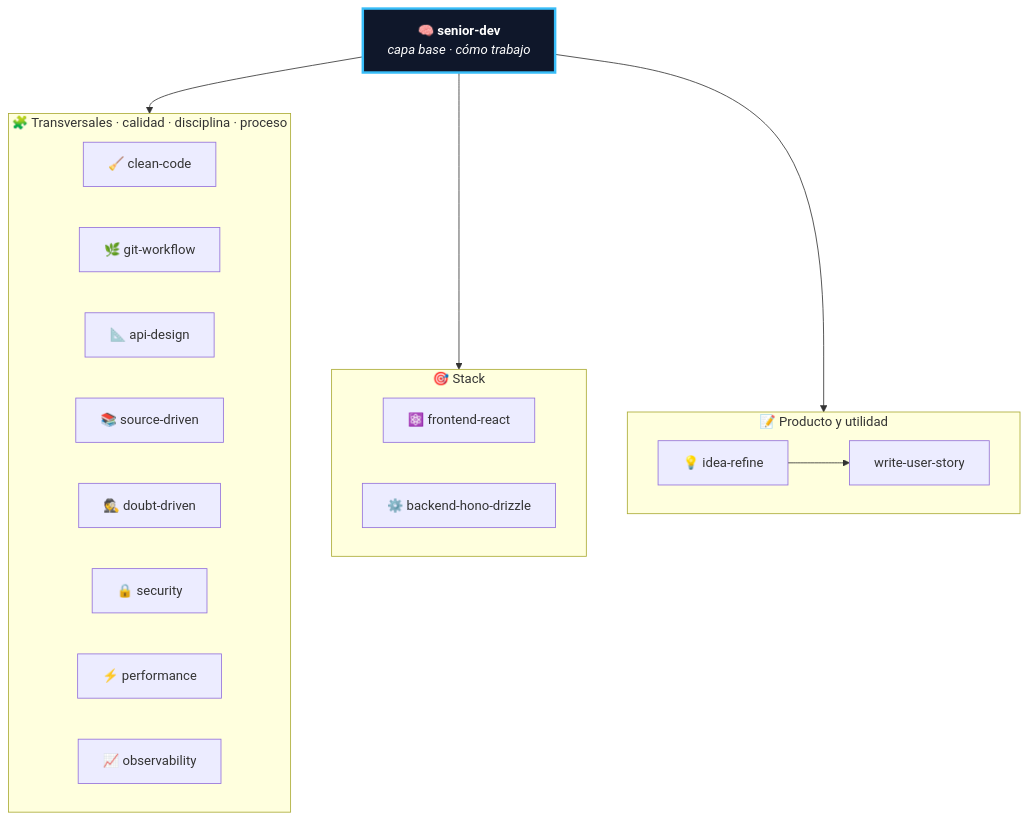
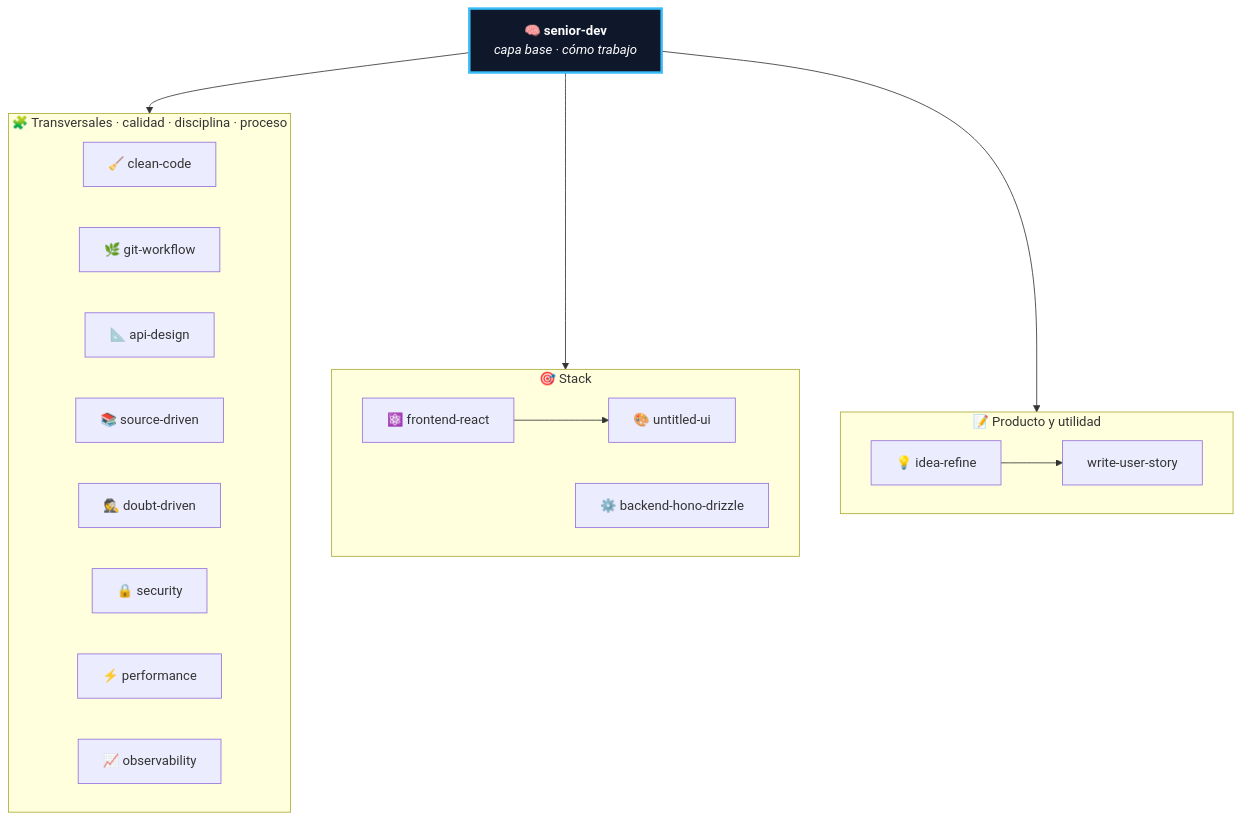
One commit to ErickEcheverria/eecheverria-skills changed the diagram in README.md. Above: the diagram before and after it, drawn with Mermaid. The commit also changed other lines of this file and 5 other files, not shown here.

````diff
--- a/README.md
+++ b/README.md
@@ -21,32 +21,34 @@
 ```mermaid
 flowchart TD
     SD["🧠 <b>senior-dev</b><br/><i>capa base · cómo trabajo</i>"]:::base
 
     subgraph T["🧩 Transversales · calidad · disciplina · proceso"]
         CC["🧹 clean-code"]
         GW["🌿 git-workflow"]
         AD["📐 api-design"]
         SR["📚 source-driven"]
         DD["🕵️ doubt-driven"]
         SEC["🔒 security"]
         PERF["⚡ performance"]
         OBS["📈 observability"]
     end
 
     subgraph S["🎯 Stack"]
         RE["⚛️ frontend-react"]
+        UUI["🎨 untitled-ui"]
         HN["⚙️ backend-hono-drizzle"]
+        RE --> UUI
     end
 
     subgraph U["📝 Producto y utilidad"]
         IR["💡 idea-refine"]
         US["write-user-story"]
         IR --> US
     end
 
     SD --> T
     SD --> S
     SD --> U
 
     classDef base fill:#0f172a,stroke:#38bdf8,stroke-width:3px,color:#fff;
 ```
````
